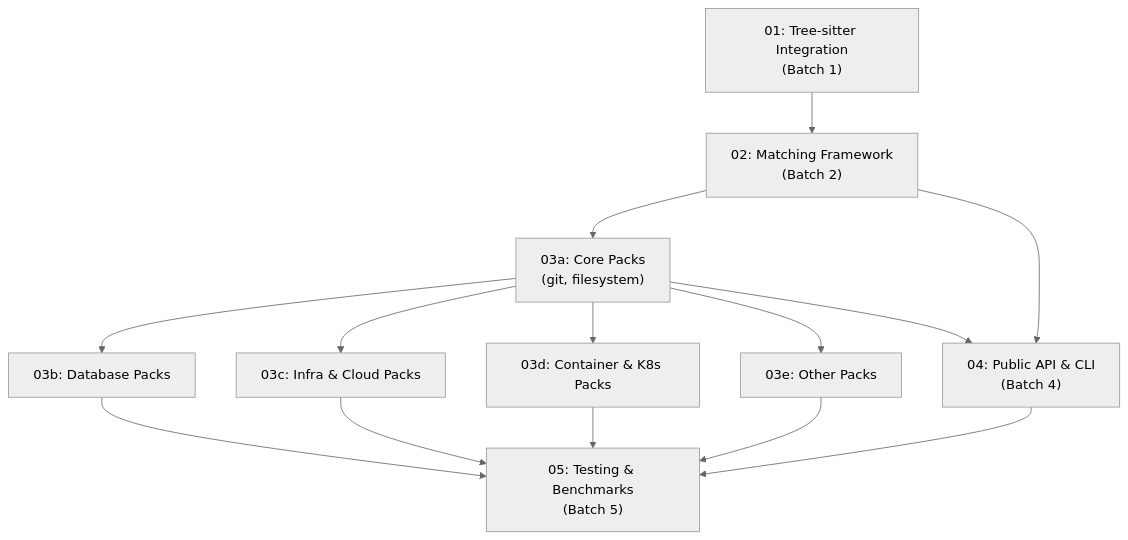
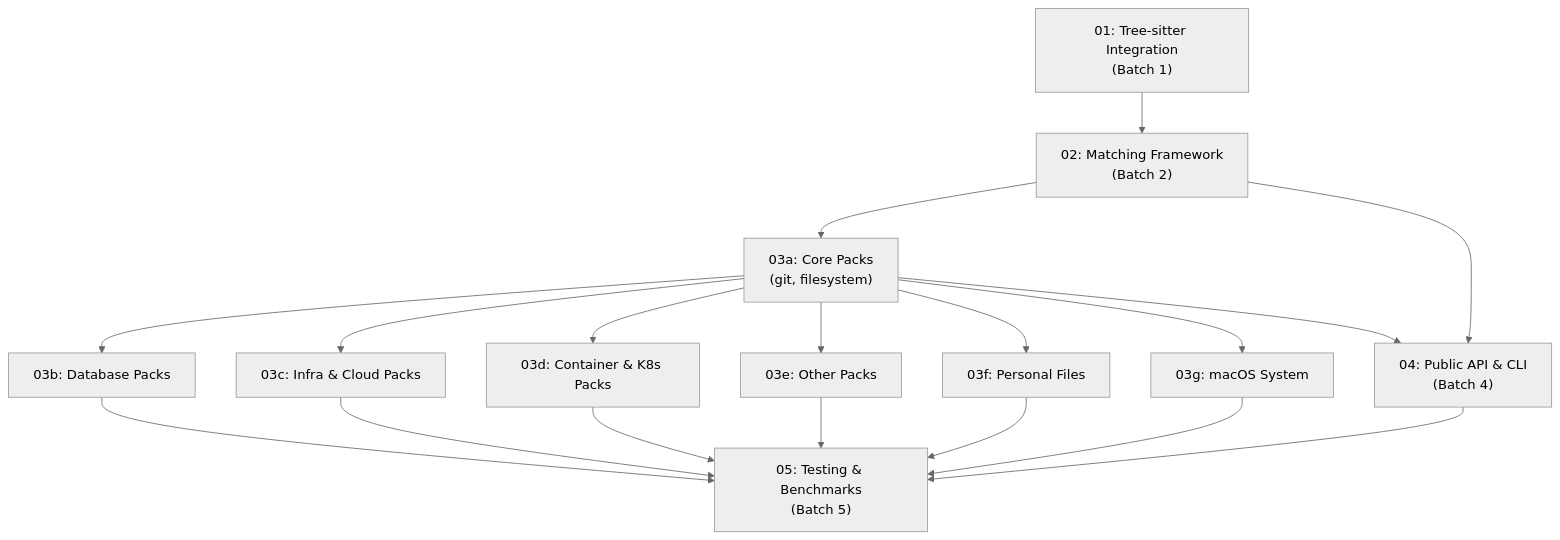
Before and after one commit to dcosson/destructive-command-guard-go: the diagram in docs/plans/00-plan-index.md, drawn with Mermaid (neutral theme). The commit also changed other lines of this file and 3 other files, not shown here.

First line of the commit message:
Add personal files and macOS system packs (03f, 03g)

````diff
--- a/docs/plans/00-plan-index.md
+++ b/docs/plans/00-plan-index.md
@@ -122,20 +124,22 @@
 ```mermaid
 graph TD
     01["01: Tree-sitter Integration<br/>(Batch 1)"]
     02["02: Matching Framework<br/>(Batch 2)"]
     03a["03a: Core Packs<br/>(git, filesystem)"]
     03b["03b: Database Packs"]
     03c["03c: Infra & Cloud Packs"]
     03d["03d: Container & K8s Packs"]
     03e["03e: Other Packs"]
+    03f["03f: Personal Files"]
+    03g["03g: macOS System"]
     04["04: Public API & CLI<br/>(Batch 4)"]
     05["05: Testing & Benchmarks<br/>(Batch 5)"]
 
     01 --> 02
     02 --> 03a
-    03a --> 03b & 03c & 03d & 03e
+    03a --> 03b & 03c & 03d & 03e & 03f & 03g
     02 --> 04
     03a --> 04
-    03b & 03c & 03d & 03e --> 05
+    03b & 03c & 03d & 03e & 03f & 03g --> 05
     04 --> 05
 ```
````
